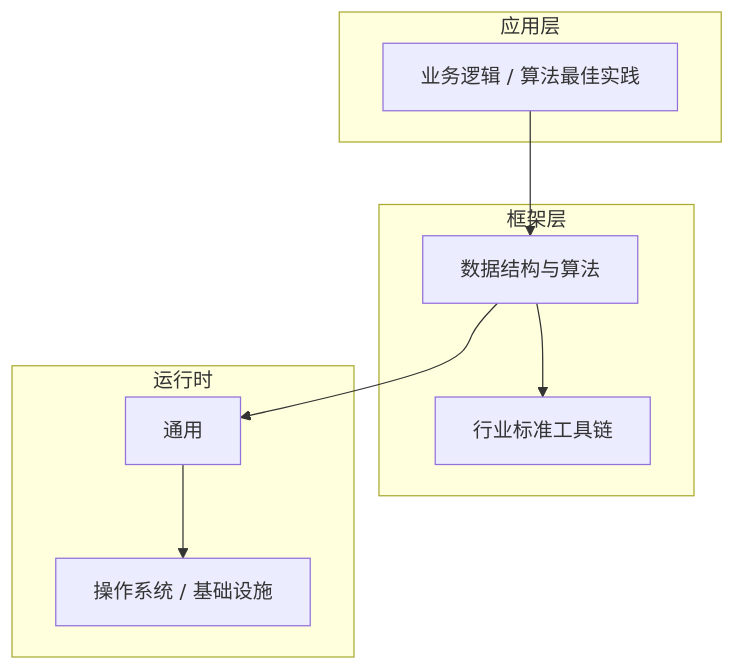
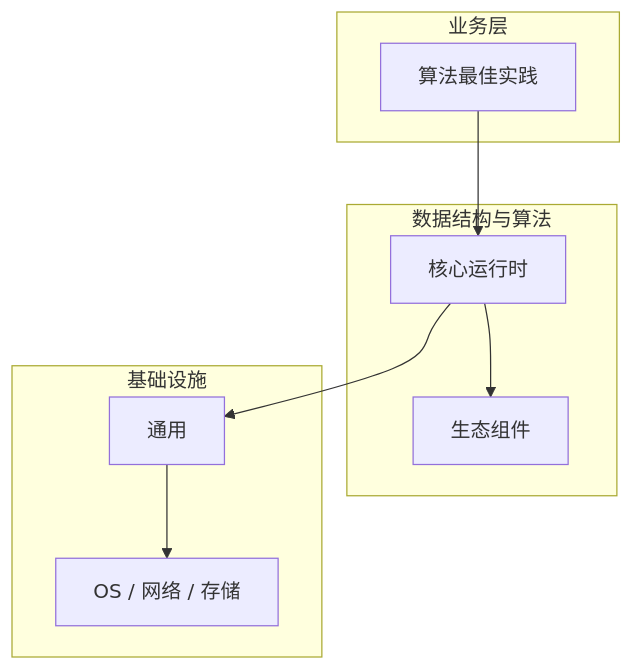
Before and after one commit to yanggan2015/knowledge-json-v2: the diagram in articles/数据结构与算法/chapters/193-算法最佳实践核心概念与原理.md, drawn with Mermaid. The commit also changed other lines of this file and 10127 other files, not shown here.

````diff
--- a/articles/数据结构与算法/chapters/193-算法最佳实践核心概念与原理.md
+++ b/articles/数据结构与算法/chapters/193-算法最佳实践核心概念与原理.md
@@ -45,18 +34,18 @@
 ```mermaid
 graph TB
-    subgraph 应用层
-        A[业务逻辑 / 算法最佳实践]
+    subgraph 业务层
+        A[算法最佳实践]
     end
-    subgraph 框架层
-        B[数据结构与算法]
-        C[行业标准工具链]
+    subgraph 数据结构与算法
+        B[核心运行时]
+        C[生态组件]
     end
-    subgraph 运行时
+    subgraph 基础设施
         D[通用]
-        E[操作系统 / 基础设施]
+        E[OS / 网络 / 存储]
     end
     A --> B
     B --> C
     B --> D
     D --> E
 ```
````
